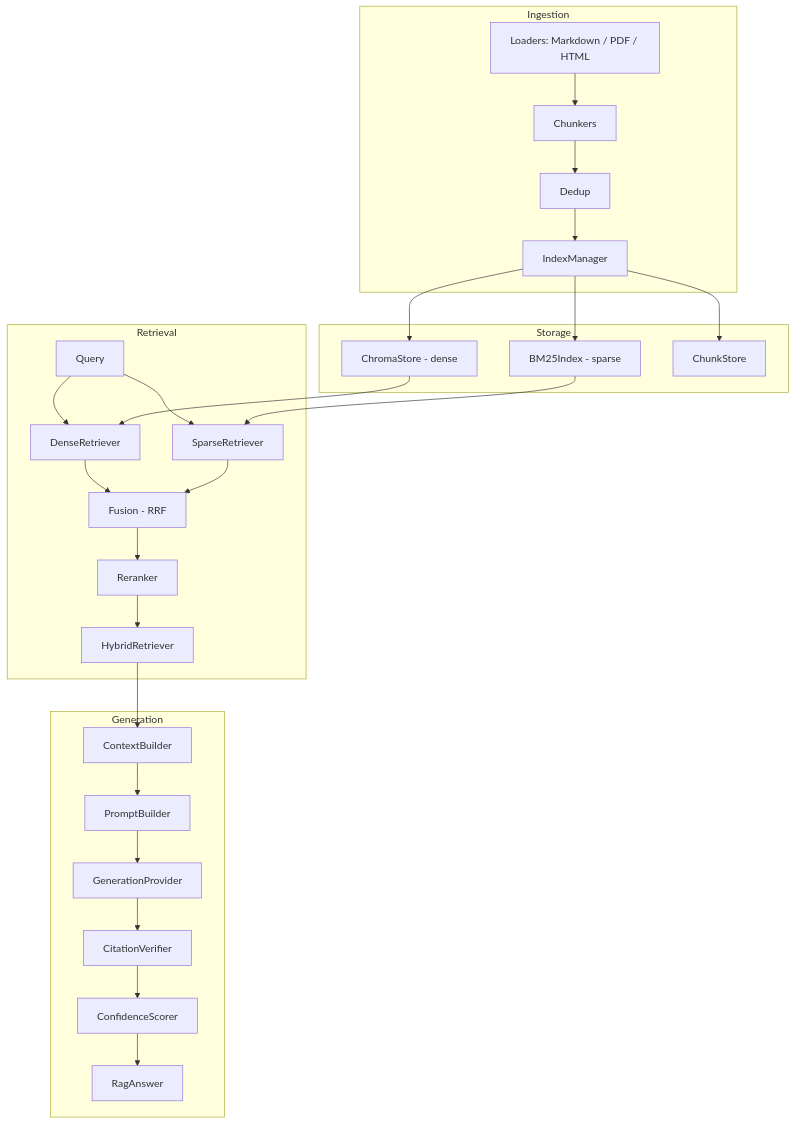
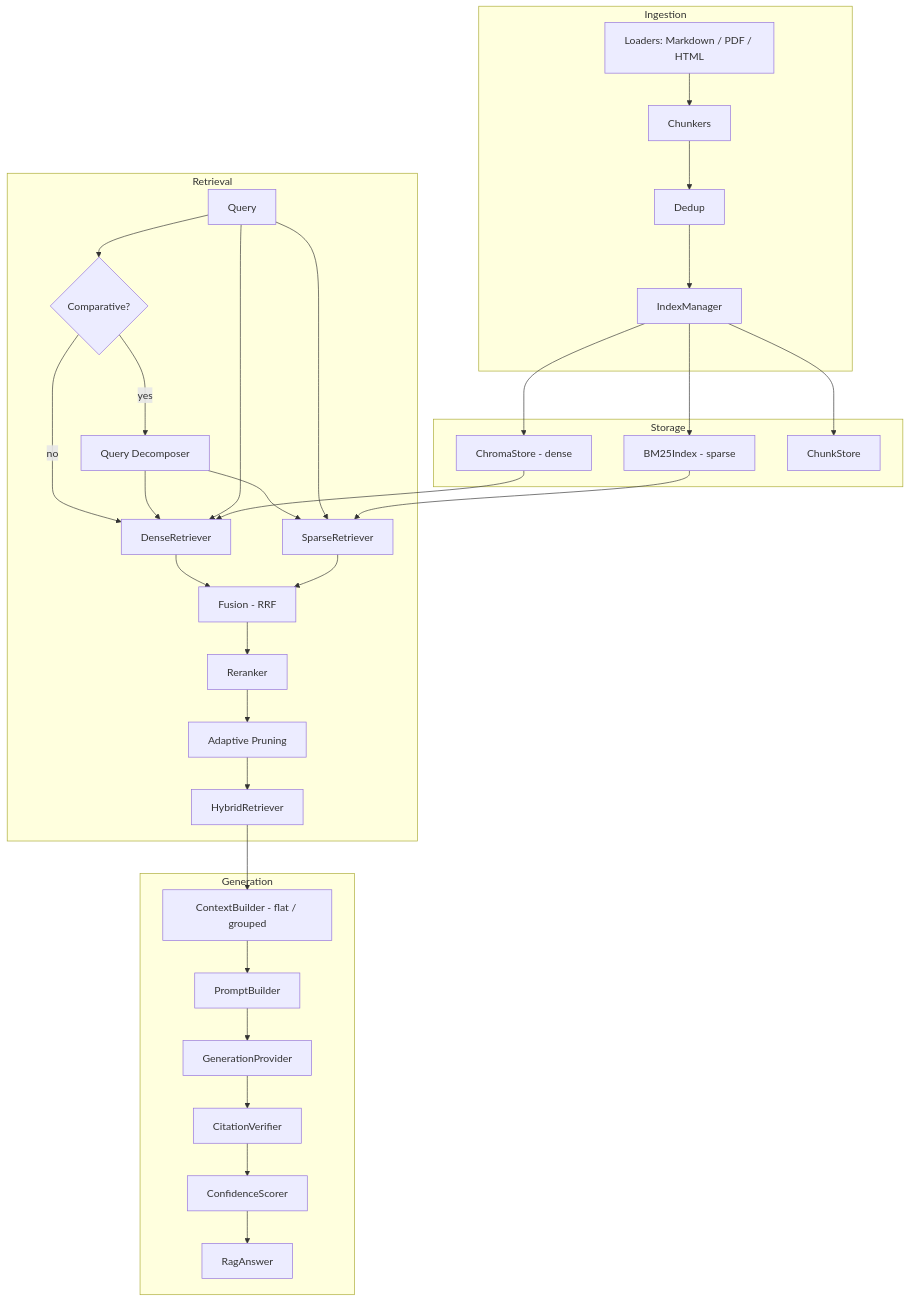
Before and after one commit to siddhunangadi/rag-hybrid-search: the diagram in README.md, drawn with Mermaid. The commit also changed other lines of this file, not shown here.

First line of the commit message:
docs: update README for comparative retrieval, grouped context, and eval regression testing

````diff
--- a/README.md
+++ b/README.md
@@ -9,34 +9,40 @@
 ```mermaid
 flowchart TD
     subgraph Ingestion
         A[Loaders: Markdown / PDF / HTML] --> B[Chunkers]
         B --> C[Dedup]
         C --> D[IndexManager]
     end
 
     subgraph Storage
         D --> E[ChromaStore - dense]
         D --> F[BM25Index - sparse]
         D --> G[ChunkStore]
     end
 
     subgraph Retrieval
-        Q[Query] --> H[DenseRetriever]
-        Q --> I[SparseRetriever]
+        Q[Query] --> QD{Comparative?}
+        QD -->|yes| DC[Query Decomposer]
+        QD -->|no| H
+        DC --> H[DenseRetriever]
+        DC --> I[SparseRetriever]
+        Q --> H
+        Q --> I
         E --> H
         F --> I
         H --> J[Fusion - RRF]
         I --> J
         J --> K[Reranker]
-        K --> L[HybridRetriever]
+        K --> PR[Adaptive Pruning]
+        PR --> L[HybridRetriever]
     end
 
     subgraph Generation
-        L --> M[ContextBuilder]
+        L --> M[ContextBuilder - flat / grouped]
         M --> N[PromptBuilder]
         N --> O[GenerationProvider]
         O --> P[CitationVerifier]
         P --> R[ConfidenceScorer]
         R --> S[RagAnswer]
     end
 ```
````
